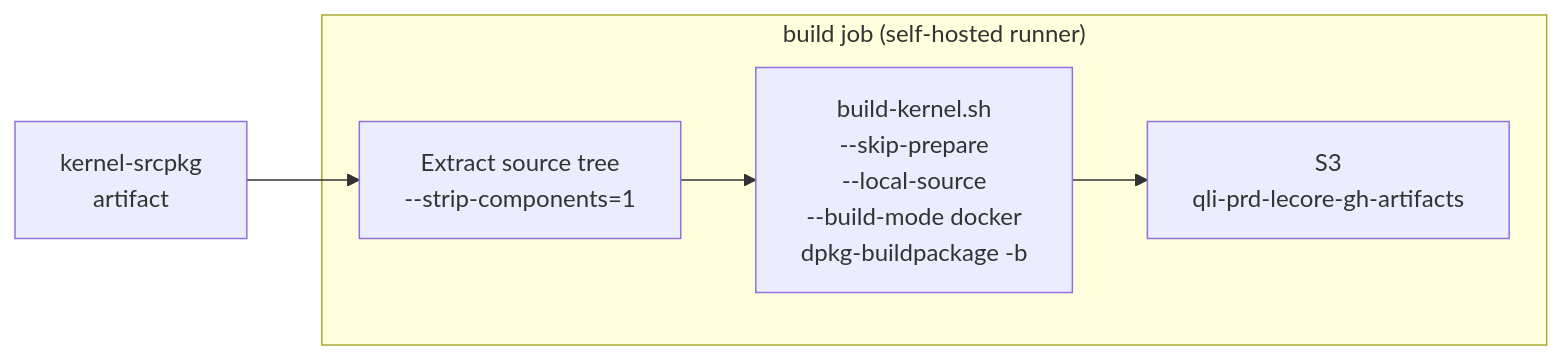
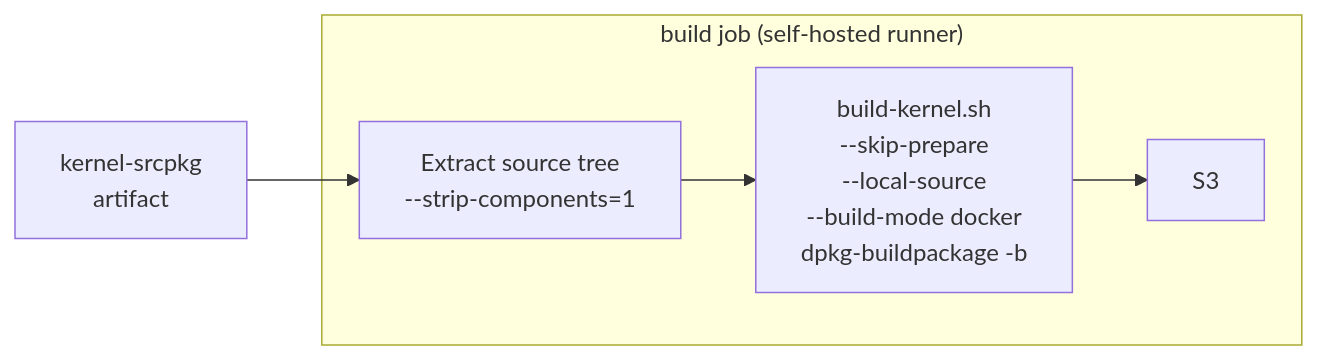
One commit to qualcomm-linux/pkg-linux-qcom changed the fifth of 5 diagrams in README.md. Above: the diagram before and after it, drawn with Mermaid. The commit also changed other lines of this file and 2 other files, not shown here.

First line of the commit message:
ci: parameterize the artifact bucket and trim internal infra from docs

````diff
--- a/README.md
+++ b/README.md
@@ -198,11 +198,11 @@
 ```mermaid
 flowchart LR
     ART["kernel-srcpkg\nartifact"] --> EXT
 
     subgraph build["build job (self-hosted runner)"]
         EXT["Extract source tree\n--strip-components=1"] --> BK
         BK["build-kernel.sh\n--skip-prepare\n--local-source\n--build-mode docker\ndpkg-buildpackage -b"] --> S3
     end
 
-    S3["S3\nqli-prd-lecore-gh-artifacts"]
+    S3["S3\n<artifact-bucket>"]
 ```
````
